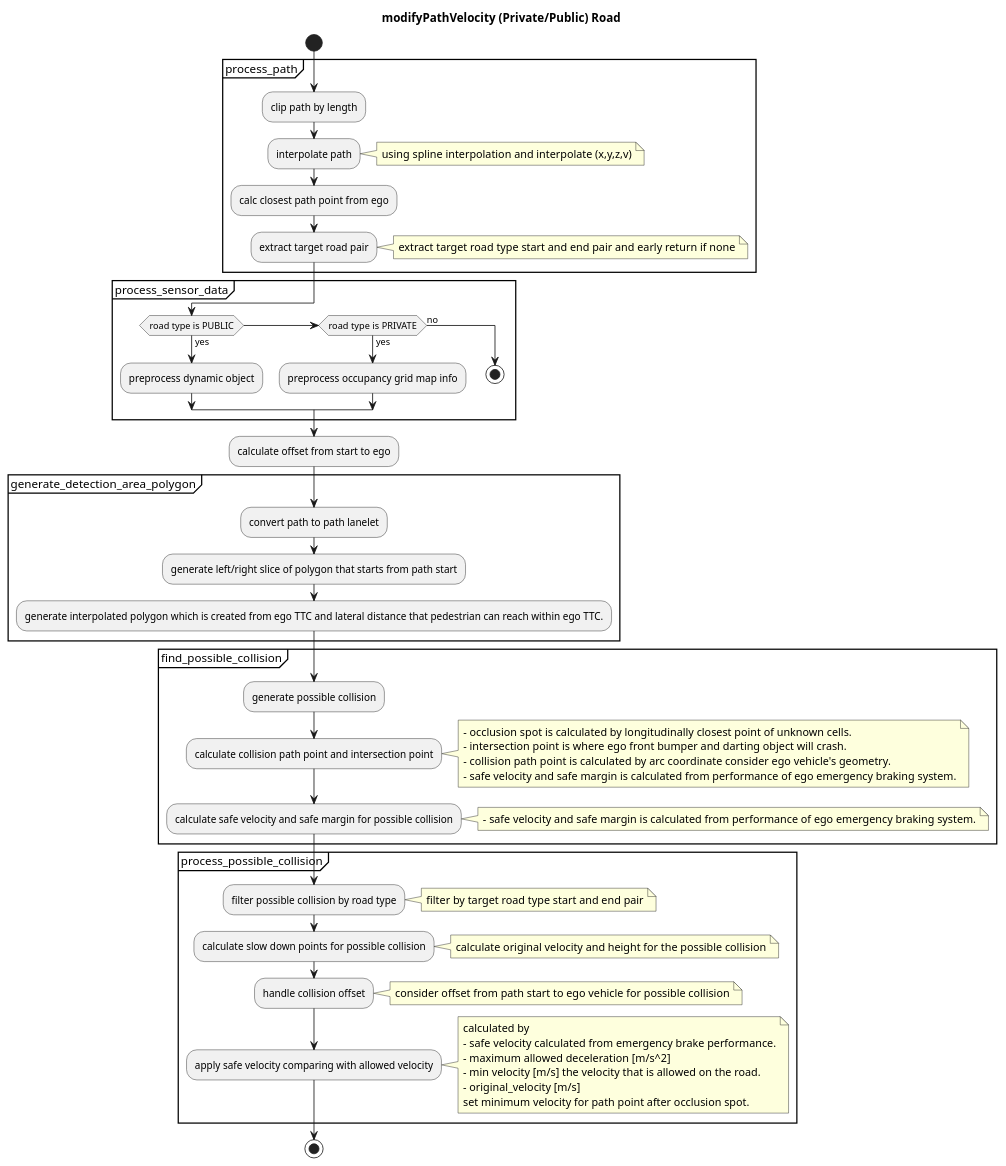
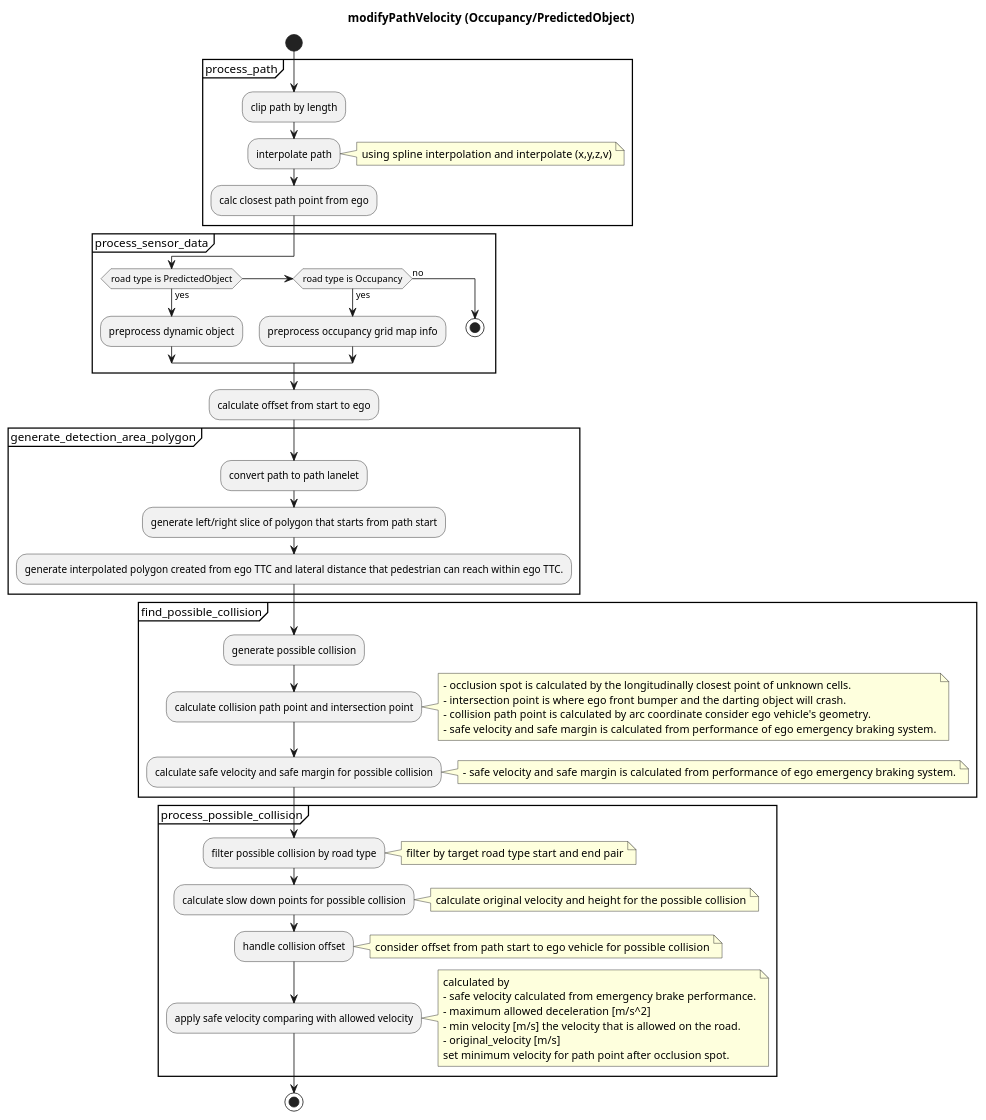
One commit to autowarefoundation/autoware changed the first of 3 diagrams in planning/behavior_velocity_planner/occlusion-spot-design.md. Above: the diagram before and after it, drawn with PlantUML. The commit also changed other lines of this file and 12 other files, not shown here.

First line of the commit message:
feat(behavior_velocity): occlusion spot add partition lanelet (#482)

````diff
--- a/planning/behavior_velocity_planner/occlusion-spot-design.md
+++ b/planning/behavior_velocity_planner/occlusion-spot-design.md
@@ -126,73 +131,69 @@
 ```plantuml
 @startuml
-title modifyPathVelocity (Private/Public) Road
+title modifyPathVelocity (Occupancy/PredictedObject)
 start
 
 partition process_path {
 :clip path by length;
 :interpolate path;
 note right
   using spline interpolation and interpolate (x,y,z,v)
 end note
 :calc closest path point from ego;
-:extract target road pair;
-note right
-extract target road type start and end pair and early return if none
-end note
 }
 
 partition process_sensor_data {
-if (road type is PUBLIC) then (yes)
+if (road type is PredictedObject) then (yes)
   :preprocess dynamic object;
-else if (road type is PRIVATE) then (yes)
+else if (road type is Occupancy) then (yes)
   :preprocess occupancy grid map info;
 else (no)
   stop
 endif
 }
 :calculate offset from start to ego;
 partition generate_detection_area_polygon {
 :convert path to path lanelet;
 :generate left/right slice of polygon that starts from path start;
-:generate interpolated polygon which is created from ego TTC and lateral distance that pedestrian can reach within ego TTC.;
+:generate interpolated polygon created from ego TTC and lateral distance that pedestrian can reach within ego TTC.;
 }
 partition find_possible_collision {
 :generate possible collision;
 :calculate collision path point and intersection point;
 note right
-  - occlusion spot is calculated by longitudinally closest point of unknown cells.
-  - intersection point is where ego front bumper and darting object will crash.
+  - occlusion spot is calculated by the longitudinally closest point of unknown cells.
+  - intersection point is where ego front bumper and the darting object will crash.
   - collision path point is calculated by arc coordinate consider ego vehicle's geometry.
   - safe velocity and safe margin is calculated from performance of ego emergency braking system.
 end note
 :calculate safe velocity and safe margin for possible collision;
 note right
   - safe velocity and safe margin is calculated from performance of ego emergency braking system.
 end note
 }
 partition process_possible_collision {
 :filter possible collision by road type;
 note right
 filter by target road type start and end pair
 end note
 :calculate slow down points for possible collision;
 note right
 calculate original velocity and height for the possible collision
 end note
 :handle collision offset;
 note right
 consider offset from path start to ego vehicle for possible collision
 end note
 :apply safe velocity comparing with allowed velocity;
 note right
 calculated by
 - safe velocity calculated from emergency brake performance.
 - maximum allowed deceleration [m/s^2]
 - min velocity [m/s] the velocity that is allowed on the road.
 - original_velocity [m/s]
 set minimum velocity for path point after occlusion spot.
 end note
 }
 stop
 @enduml
 ```
````
